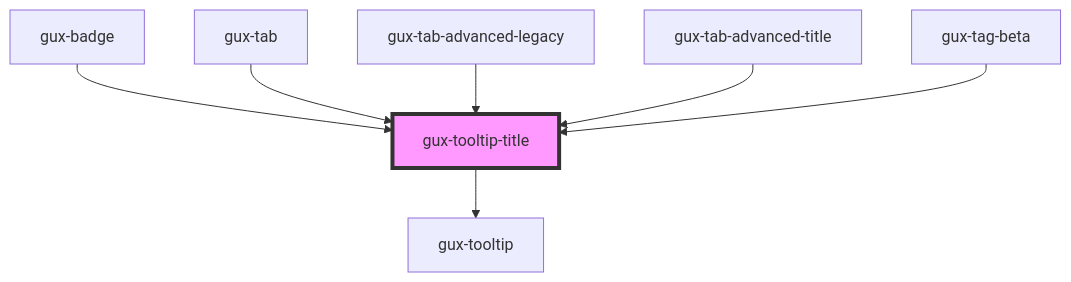
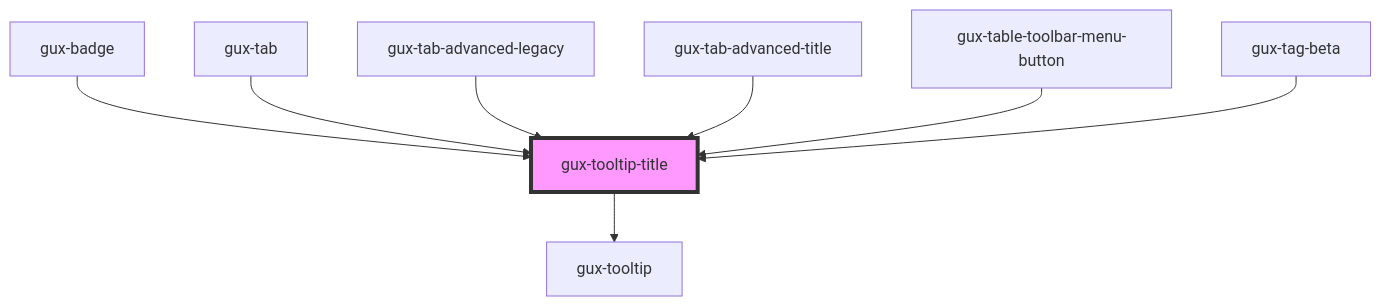
One commit to Pragadeeeshr/genesys-spark changed the diagram in packages/genesys-spark-components/src/components/stable/gux-tooltip-title/readme.md. Above: the diagram before and after it, drawn with Mermaid. The commit also changed other lines of this file and 13 other files, not shown here.

````diff
--- a/packages/genesys-spark-components/src/components/stable/gux-tooltip-title/readme.md
+++ b/packages/genesys-spark-components/src/components/stable/gux-tooltip-title/readme.md
@@ -46,10 +47,11 @@
 ```mermaid
 graph TD;
   gux-tooltip-title --> gux-tooltip
   gux-badge --> gux-tooltip-title
   gux-tab --> gux-tooltip-title
   gux-tab-advanced-legacy --> gux-tooltip-title
   gux-tab-advanced-title --> gux-tooltip-title
+  gux-table-toolbar-menu-button --> gux-tooltip-title
   gux-tag-beta --> gux-tooltip-title
   style gux-tooltip-title fill:#f9f,stroke:#333,stroke-width:4px
 ```
````
